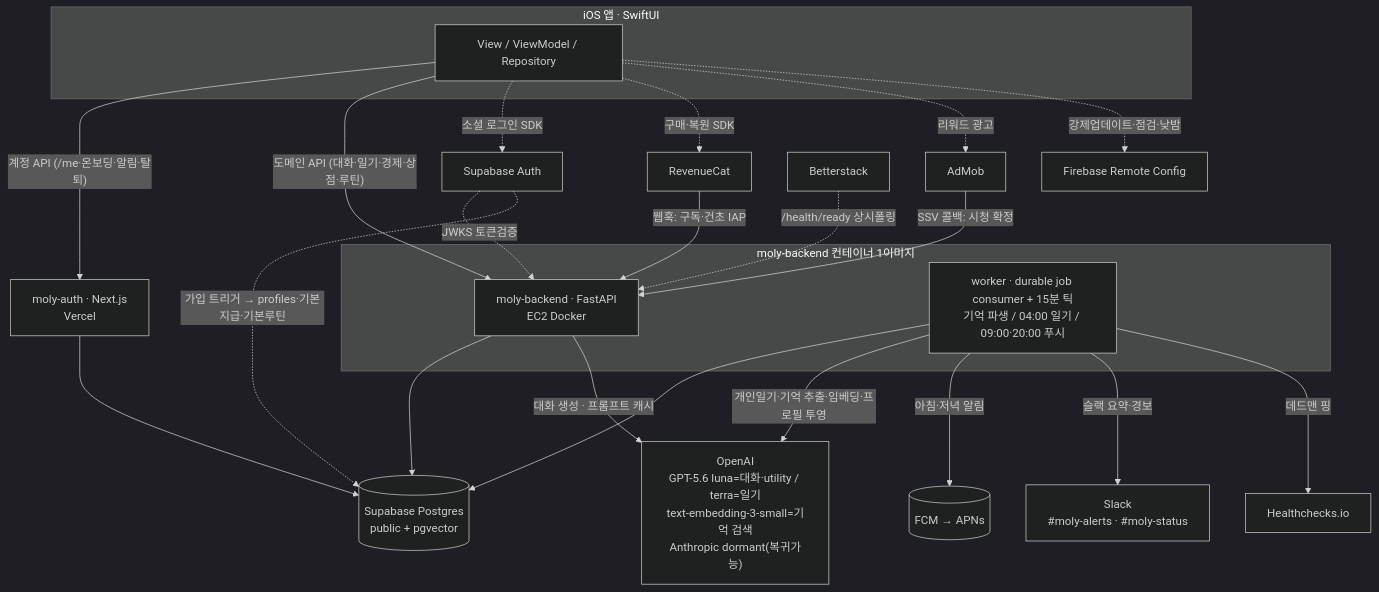
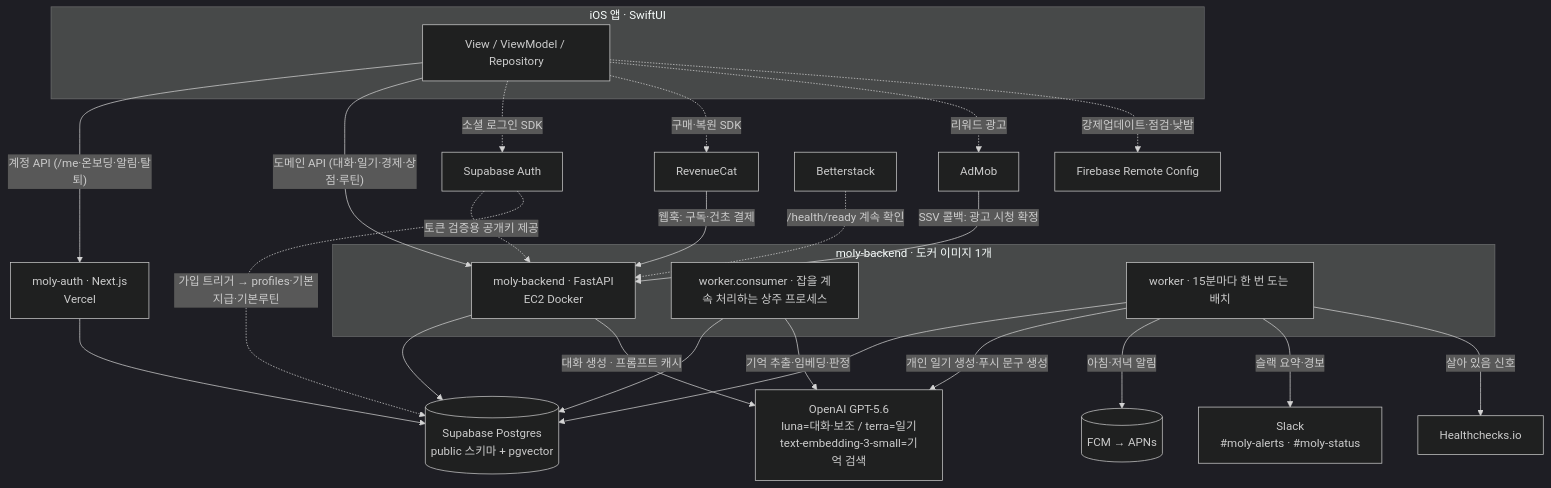
Before and after one commit to SOMA-OneTwoThree/moly-backend: the first of 2 diagrams in docs/ARCHITECTURE.md, drawn with Mermaid (dark theme). The commit also changed other lines of this file and 2 other files, not shown here.

````diff
--- a/docs/ARCHITECTURE.md
+++ b/docs/ARCHITECTURE.md
@@ -23,34 +59,37 @@
 ```mermaid
 flowchart TB
   subgraph C[iOS 앱 · SwiftUI]
     V[View / ViewModel / Repository]
   end
   V -->|"계정 API (/me·온보딩·알림·탈퇴)"| AUTH[moly-auth · Next.js<br/>Vercel]
   V -->|"도메인 API (대화·일기·경제·상점·루틴)"| API[moly-backend · FastAPI<br/>EC2 Docker]
   V -.->|소셜 로그인 SDK| SA[Supabase Auth]
   V -.->|구매·복원 SDK| RC[RevenueCat]
   V -.->|리워드 광고| AD[AdMob]
   V -.->|강제업데이트·점검·낮밤| FB[Firebase Remote Config]
 
-  subgraph BE[moly-backend 컨테이너 1이미지]
+  subgraph BE[moly-backend · 도커 이미지 1개]
     API
-    W[worker · durable job consumer + 15분 틱<br/>기억 파생 / 04:00 일기 / 09:00·20:00 푸시]
+    W1[worker.consumer · 잡을 계속 처리하는 상주 프로세스]
+    W2[worker · 15분마다 한 번 도는 배치]
   end
 
-  AUTH --> DB[(Supabase Postgres<br/>public + pgvector)]
+  AUTH --> DB[(Supabase Postgres<br/>public 스키마 + pgvector)]
   API --> DB
-  W --> DB
-  SA -. JWKS 토큰검증 .-> API
+  W1 --> DB
+  W2 --> DB
+  SA -. 토큰 검증용 공개키 제공 .-> API
   SA -. 가입 트리거 → profiles·기본지급·기본루틴 .-> DB
 
-  API -->|"대화 생성 · 프롬프트 캐시"| OAI["OpenAI<br/>GPT-5.6 luna=대화·utility / terra=일기<br/>text-embedding-3-small=기억 검색<br/>Anthropic dormant(복귀가능)"]
-  W -->|"개인일기·기억 추출·임베딩·프로필 투영"| OAI
-  W -->|아침·저녁 알림| FCM[(FCM → APNs)]
+  API -->|"대화 생성 · 프롬프트 캐시"| OAI["OpenAI GPT-5.6<br/>luna=대화·보조 / terra=일기<br/>text-embedding-3-small=기억 검색"]
+  W1 -->|"기억 추출·임베딩·판정"| OAI
+  W2 -->|"개인 일기 생성·푸시 문구 생성"| OAI
+  W2 -->|아침·저녁 알림| FCM[(FCM → APNs)]
 
-  RC -->|웹훅: 구독·건초 IAP| API
-  AD -->|SSV 콜백: 시청 확정| API
+  RC -->|웹훅: 구독·건초 결제| API
+  AD -->|SSV 콜백: 광고 시청 확정| API
 
-  W -->|"슬랙 요약·경보"| SLK[Slack<br/>#moly-alerts · #moly-status]
-  W -->|"데드맨 핑"| HC[Healthchecks.io]
-  BS[Betterstack] -.->|"/health/ready 상시폴링"| API
+  W2 -->|"슬랙 요약·경보"| SLK[Slack<br/>#moly-alerts · #moly-status]
+  W2 -->|"살아 있음 신호"| HC[Healthchecks.io]
+  BS[Betterstack] -.->|"/health/ready 계속 확인"| API
 ```
````
